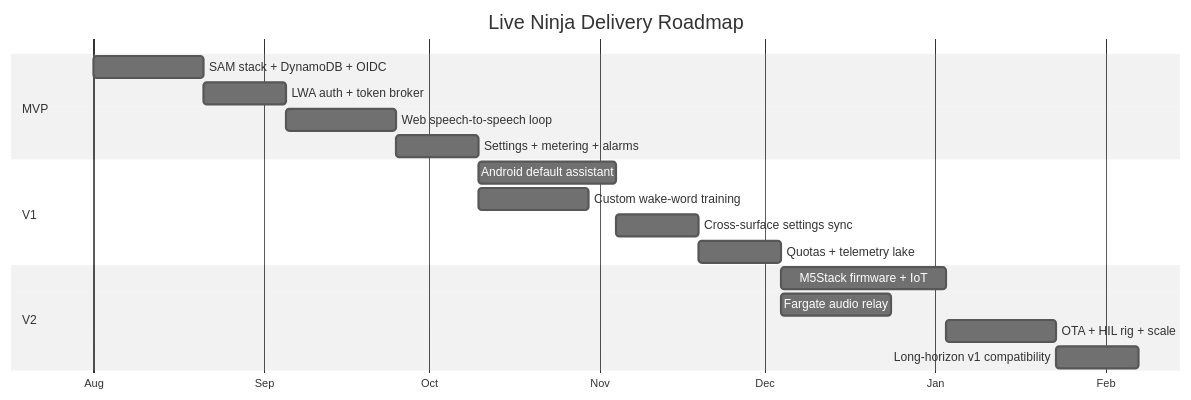
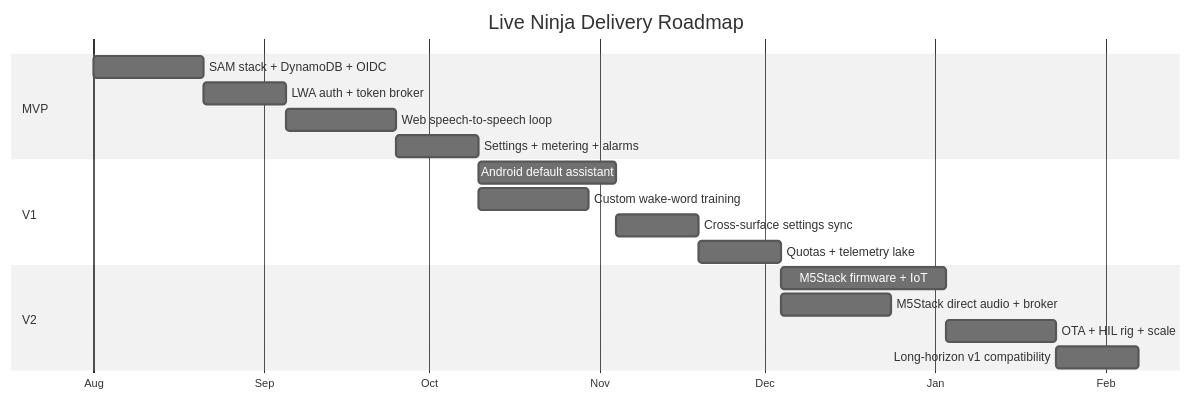
One commit to JeremyProffittOrg/live-ninja changed diagram 12 of 12 in PRD.md. Above: the diagram before and after it, drawn with Mermaid (neutral theme). The commit also changed other lines of this file and 3 other files, not shown here.

First line of the commit message:
Merge best-of comparison into PRD; make M5Stack audio direct-to-OpenAI; memory into main plan; fix mockup gallery paths

````diff
--- a/PRD.md
+++ b/PRD.md
@@ -724,24 +816,24 @@
 ```mermaid
 gantt
     title Live Ninja Delivery Roadmap
     dateFormat YYYY-MM-DD
     axisFormat %b
 
     section MVP
     SAM stack + DynamoDB + OIDC      :m1, 2026-08-01, 20d
     LWA auth + token broker          :m2, after m1, 15d
     Web speech-to-speech loop        :m3, after m2, 20d
     Settings + metering + alarms     :m4, after m3, 15d
 
     section V1
     Android default assistant        :v1, after m4, 25d
     Custom wake-word training         :v2, after m4, 20d
     Cross-surface settings sync      :v3, after v1, 15d
     Quotas + telemetry lake          :v4, after v3, 15d
 
     section V2
     M5Stack firmware + IoT           :w1, after v4, 30d
-    Fargate audio relay              :w2, after v4, 20d
+    M5Stack direct audio + broker    :w2, after v4, 20d
     OTA + HIL rig + scale            :w3, after w1, 20d
     Long-horizon v1 compatibility    :w4, after w3, 15d
 ```
````
